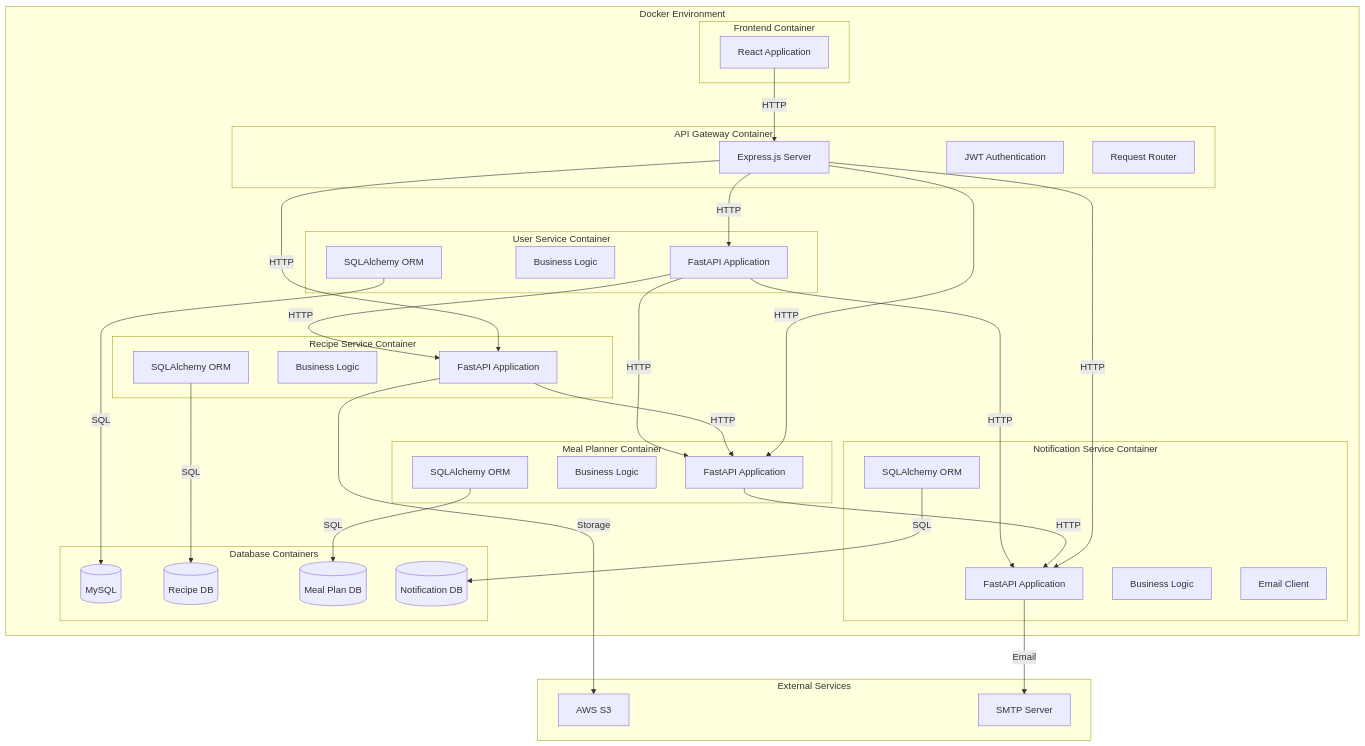
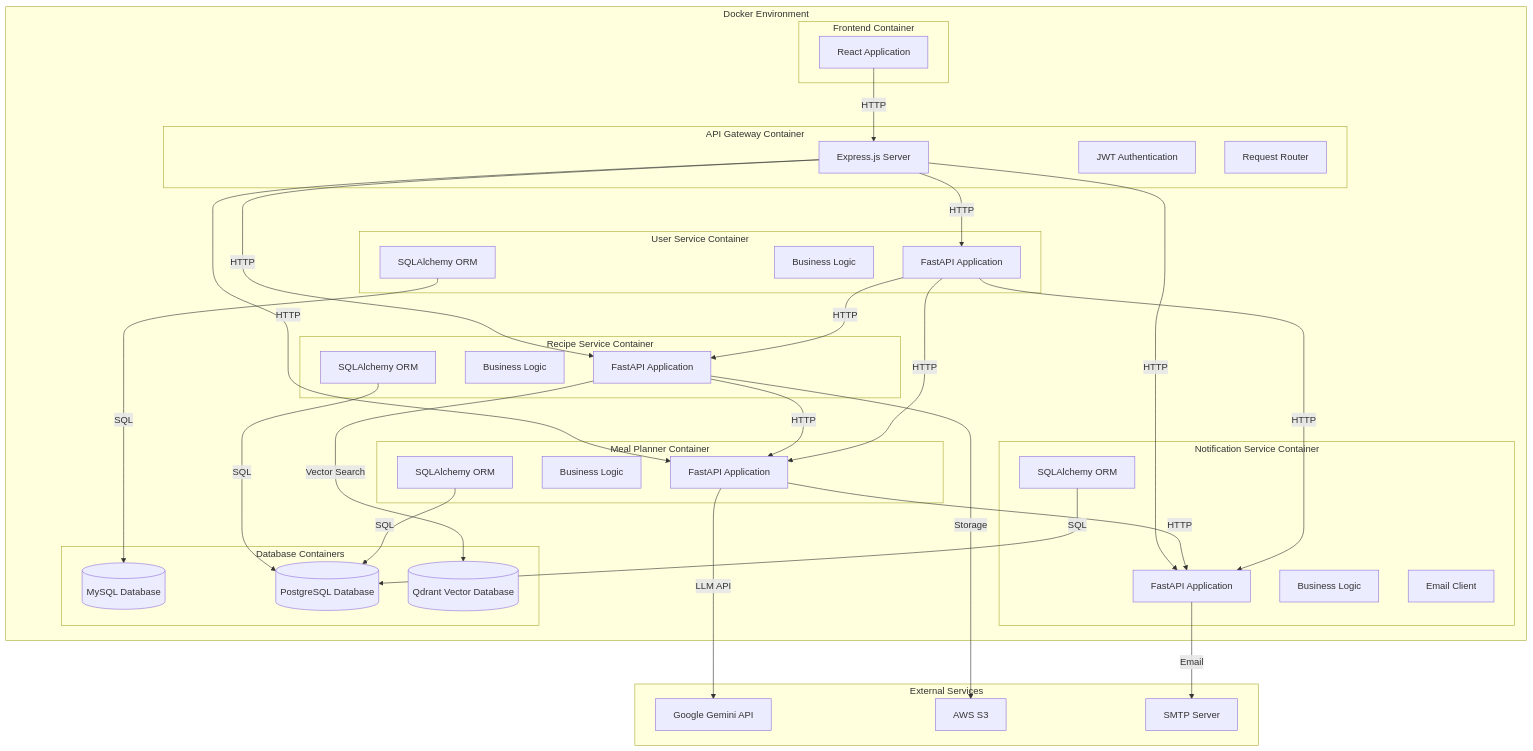
Before and after one commit to benes0508/MealMateAI: the fourth of 6 diagrams in docs/architecture-diagram.md, drawn with Mermaid. The commit also changed other lines of this file and 1 other file, not shown here.

````diff
--- a/docs/architecture-diagram.md
+++ b/docs/architecture-diagram.md
@@ -262,71 +304,73 @@
 ```mermaid
 flowchart TD
     subgraph "Docker Environment"
         subgraph "Frontend Container"
             ReactApp[React Application]
         end
         
         subgraph "API Gateway Container"
             Express[Express.js Server]
             JWTAuth[JWT Authentication]
             RequestRouter[Request Router]
         end
         
         subgraph "User Service Container"
             UserAPI[FastAPI Application]
             UserLogic[Business Logic]
             UserORM[SQLAlchemy ORM]
         end
         
         subgraph "Recipe Service Container"
             RecipeAPI[FastAPI Application]
             RecipeLogic[Business Logic]
             RecipeORM[SQLAlchemy ORM]
         end
         
         subgraph "Meal Planner Container"
             MealAPI[FastAPI Application]
             MealLogic[Business Logic]
             MealORM[SQLAlchemy ORM]
         end
         
         subgraph "Notification Service Container"
             NotifAPI[FastAPI Application]
             NotifLogic[Business Logic]
             NotifORM[SQLAlchemy ORM]
             EmailClient[Email Client]
         end
         
         subgraph "Database Containers"
-            MySQL[(MySQL)]
-            RecipeDB[(Recipe DB)]
-            MealDB[(Meal Plan DB)]
-            NotifDB[(Notification DB)]
+            MySQL[(MySQL Database)]
+            PostgreSQL[(PostgreSQL Database)]
+            QdrantVectorDB[(Qdrant Vector Database)]
         end
     end
     
     subgraph "External Services"
+        GeminiAPI[Google Gemini API]
         S3[AWS S3]
         SMTP[SMTP Server]
     end
     
     ReactApp -- HTTP --> Express
     Express -- HTTP --> UserAPI
     Express -- HTTP --> RecipeAPI
     Express -- HTTP --> MealAPI
     Express -- HTTP --> NotifAPI
     
     UserORM -- SQL --> MySQL
-    RecipeORM -- SQL --> RecipeDB
-    MealORM -- SQL --> MealDB
-    NotifORM -- SQL --> NotifDB
+    RecipeORM -- SQL --> PostgreSQL
+    RecipeAPI -- Vector Search --> QdrantVectorDB
+    MealORM -- SQL --> PostgreSQL
+    NotifORM -- SQL --> PostgreSQL
     
     UserAPI -- HTTP --> RecipeAPI
     RecipeAPI -- HTTP --> MealAPI
     UserAPI -- HTTP --> MealAPI
     MealAPI -- HTTP --> NotifAPI
     UserAPI -- HTTP --> NotifAPI
     
+    MealAPI -- LLM API --> GeminiAPI
     RecipeAPI -- Storage --> S3
     NotifAPI -- Email --> SMTP
 ```
````
